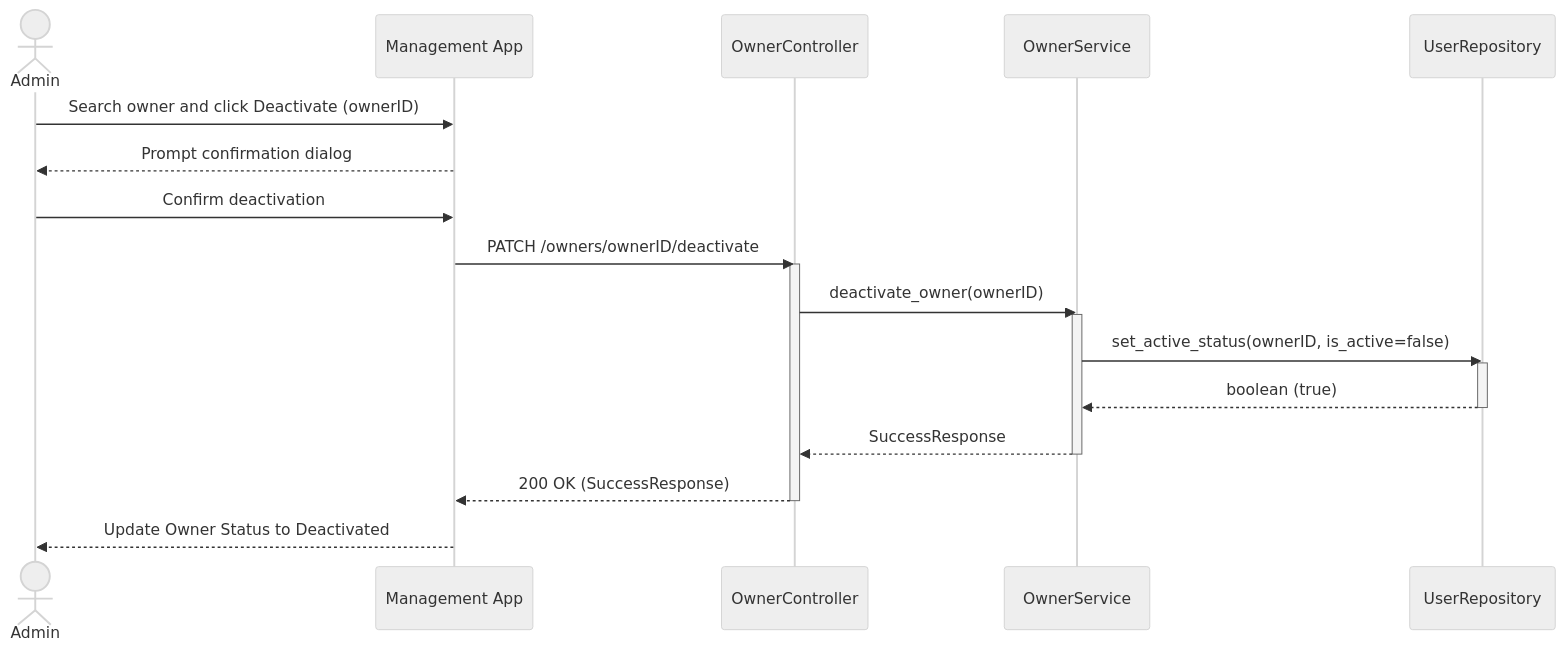
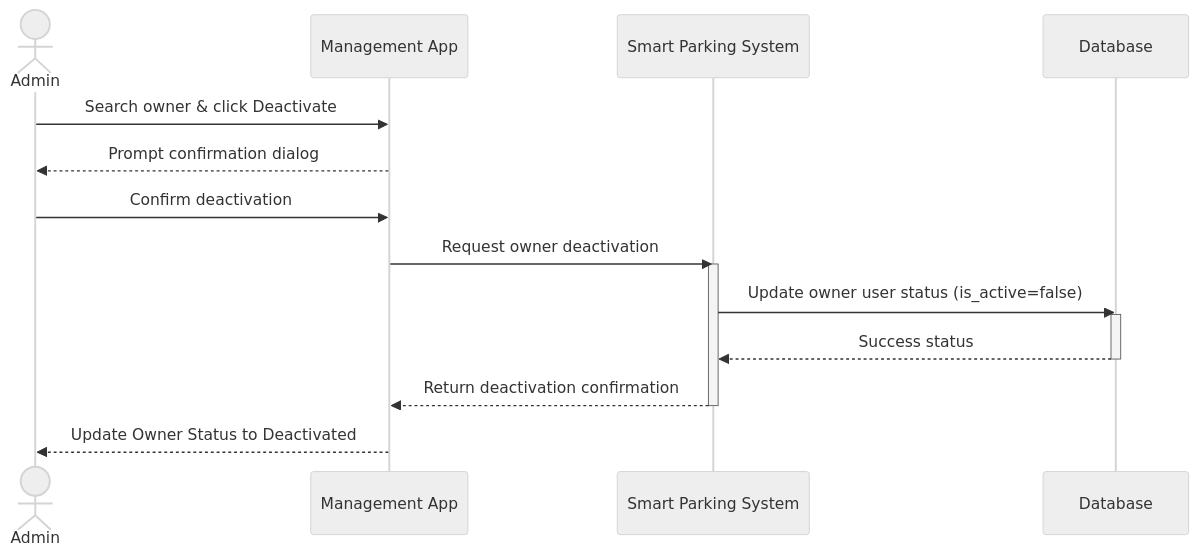
Before and after one commit to kxunsithu/smart-parking-lot-system: the ninth of 16 diagrams in docs/Smart_Parking_Lot_System_Documentation.md, drawn with Mermaid (neutral theme). The commit also changed other lines of this file, not shown here.

````diff
--- a/docs/Smart_Parking_Lot_System_Documentation.md
+++ b/docs/Smart_Parking_Lot_System_Documentation.md
@@ -1027,25 +1004,20 @@
 ```mermaid
 sequenceDiagram
     actor Admin
     participant UI as Management App
-    participant API as OwnerController
-    participant Service as OwnerService
-    participant DB as UserRepository
+    participant System as Smart Parking System
+    participant DB as Database
 
-    Admin->>UI: Search owner and click Deactivate (ownerID)
+    Admin->>UI: Search owner & click Deactivate
     UI-->>Admin: Prompt confirmation dialog
     Admin->>UI: Confirm deactivation
-    UI->>API: PATCH /owners/ownerID/deactivate
-    activate API
-    API->>Service: deactivate_owner(ownerID)
-    activate Service
-    Service->>DB: set_active_status(ownerID, is_active=false)
+    UI->>System: Request owner deactivation
+    activate System
+    System->>DB: Update owner user status (is_active=false)
     activate DB
-    DB-->>Service: boolean (true)
+    DB-->>System: Success status
     deactivate DB
-    Service-->>API: SuccessResponse
-    deactivate Service
-    API-->>UI: 200 OK (SuccessResponse)
-    deactivate API
+    System-->>UI: Return deactivation confirmation
+    deactivate System
     UI-->>Admin: Update Owner Status to Deactivated
 ```
````
